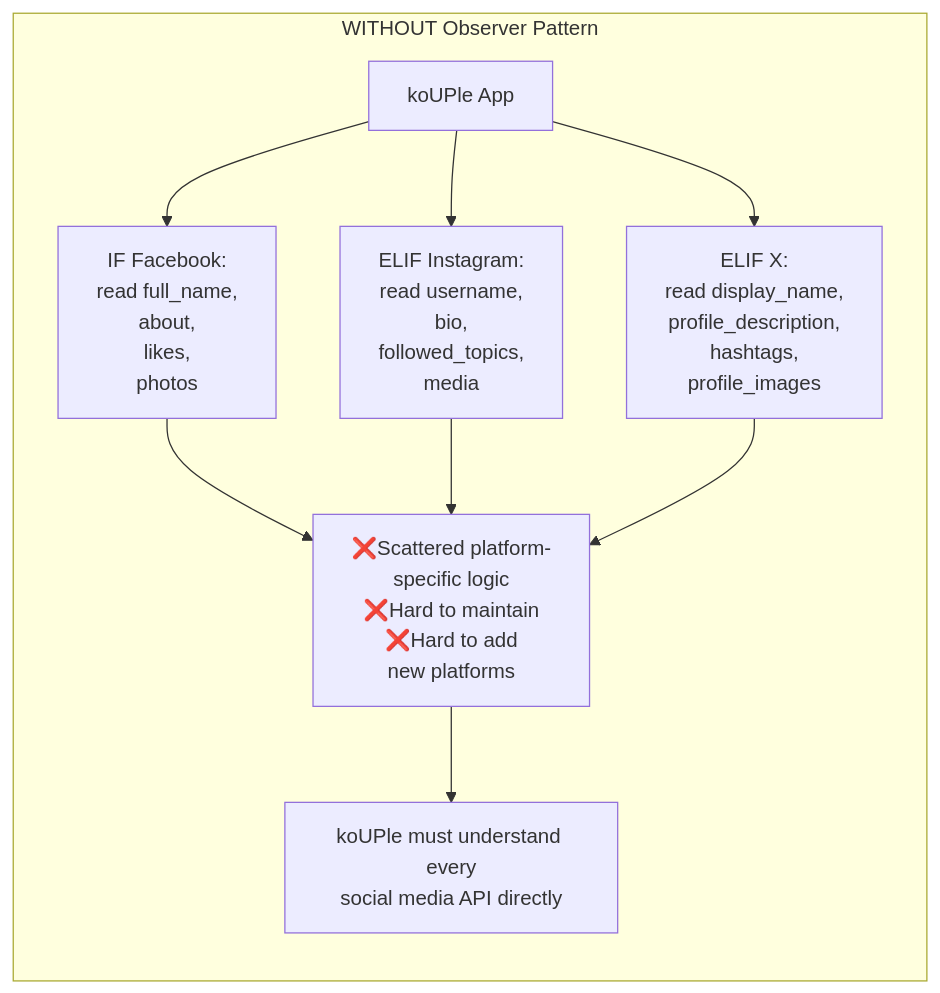
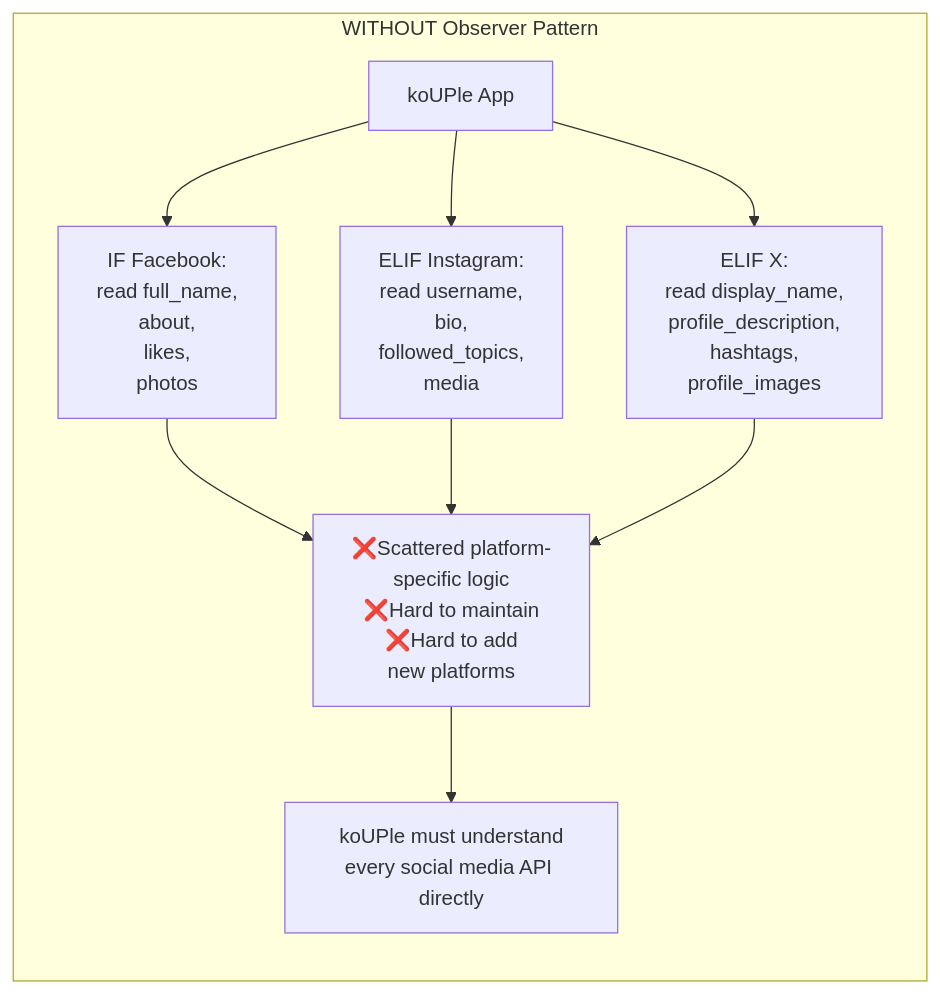
Before and after one commit to NellePot/FirstRepository: the fifth of 5 diagrams in README.md, drawn with Mermaid.

````diff
--- a/README.md
+++ b/README.md
@@ -127,17 +127,17 @@
 ```mermaid
 flowchart TB
     subgraph W["WITHOUT Observer Pattern"]
         direction TB
     A["koUPle App"]
 
     A --> B["IF Facebook:<br/>read full_name,<br/>about,<br/>likes,<br/>photos"]
     A --> C["ELIF Instagram:<br/>read username,<br/>bio,<br/>followed_topics,<br/>media"]
     A --> D["ELIF X:<br/>read display_name,<br/>profile_description,<br/>hashtags,<br/>profile_images"]
 
     B --> E["❌Scattered platform-<br/>specific logic<br/>❌Hard to maintain<br/>❌Hard to add<br/>new platforms"]
     C --> E["❌Scattered platform-<br/>specific logic<br/>❌Hard to maintain<br/>❌Hard to add<br/>new platforms"]
     D --> E["❌Scattered platform-<br/>specific logic<br/>❌Hard to maintain<br/>❌Hard to add<br/>new platforms"]
 
-    E --> H["koUPle must understand every<br/>social media API directly"]
+    E --> H["koUPle must understand<br/>every social media API directly"]
 end
 ```
````
